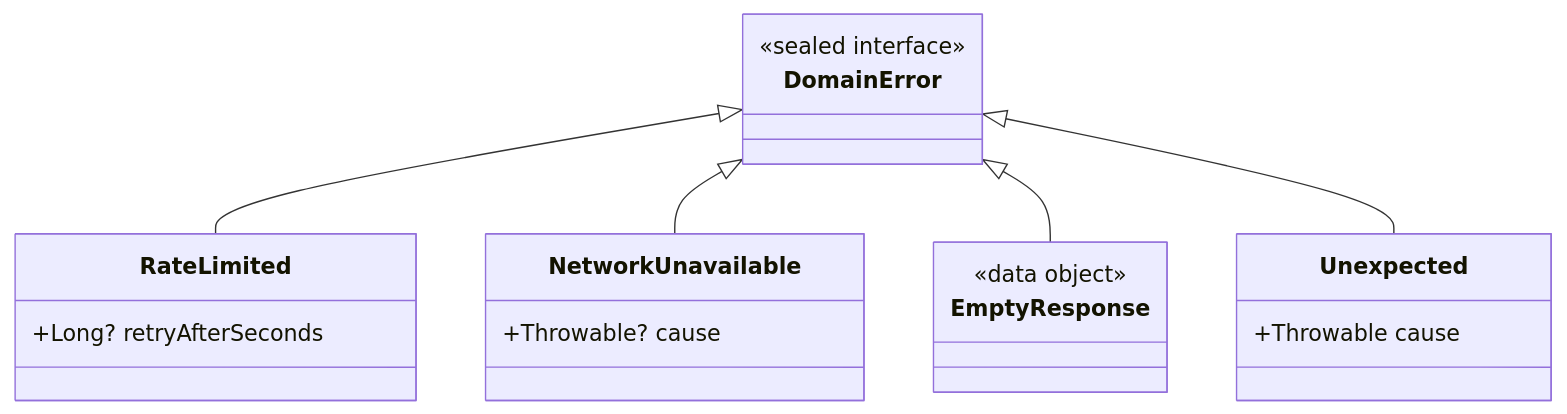
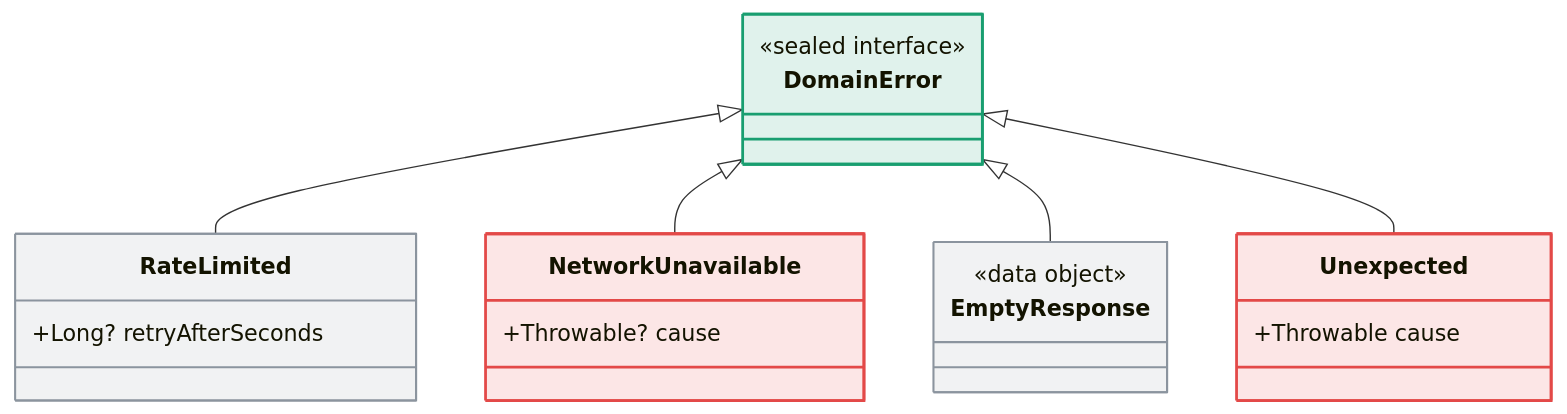
The fifth of 7 diagrams in docs/architecture.md (chrisjc29/PokeDexMulti), drawn with Mermaid before and after one commit. The commit also changed other lines of this file and 1 other file, not shown here.

First line of the commit message:
Colour-code the architecture diagrams

````diff
--- a/docs/architecture.md
+++ b/docs/architecture.md
@@ -114,22 +154,28 @@
 ```mermaid
 classDiagram
     class DomainError {
         <<sealed interface>>
     }
     class RateLimited {
         +Long? retryAfterSeconds
     }
     class NetworkUnavailable {
         +Throwable? cause
     }
     class EmptyResponse {
         <<data object>>
     }
     class Unexpected {
         +Throwable cause
     }
     DomainError <|-- RateLimited
     DomainError <|-- NetworkUnavailable
     DomainError <|-- EmptyResponse
     DomainError <|-- Unexpected
+
+    style Unexpected fill:#e3494822,stroke:#e34948,stroke-width:2px
+    style NetworkUnavailable fill:#e3494822,stroke:#e34948,stroke-width:2px
+    style RateLimited fill:#8b949e1f,stroke:#8b949e,stroke-width:1.5px
+    style EmptyResponse fill:#8b949e1f,stroke:#8b949e,stroke-width:1.5px
+    style DomainError fill:#199e7022,stroke:#199e70,stroke-width:2px
 ```
````
